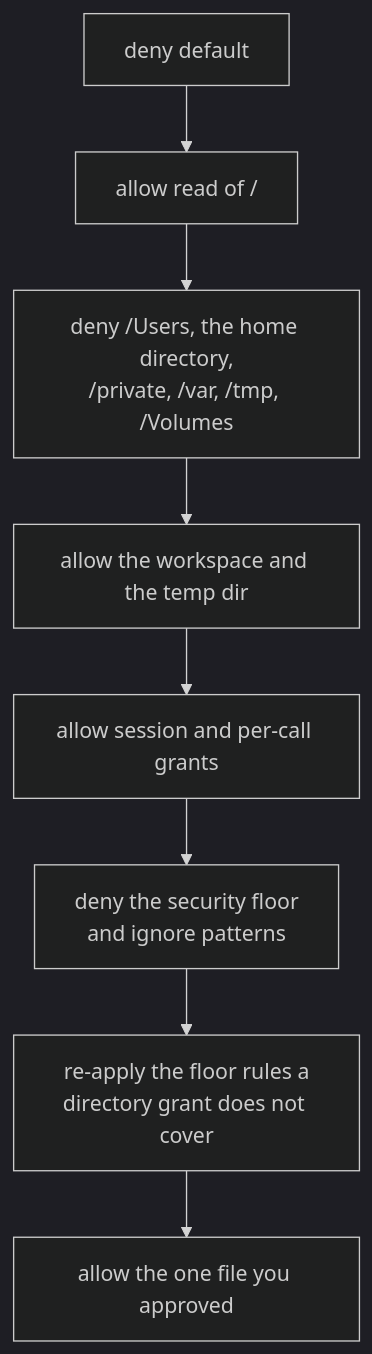
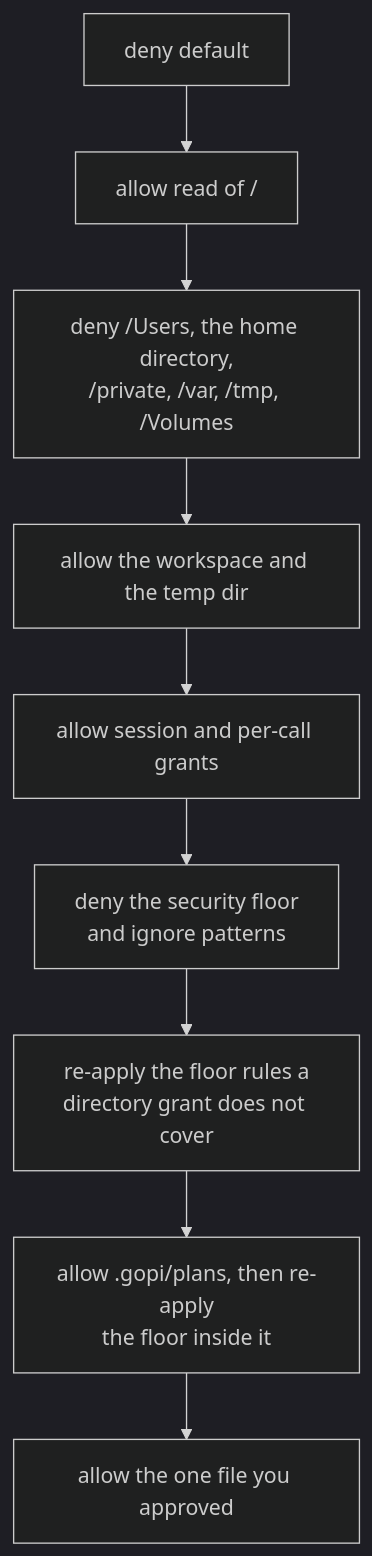
The second of 2 diagrams in docs/src/concepts/sandboxing.md (cgund98/gopi), drawn with Mermaid (dark theme) before and after one commit. The commit also changed other lines of this file and 16 other files, not shown here.

Commit message:
fix: allow .gopi/plans and .gitignore by default

````diff
--- a/docs/src/concepts/sandboxing.md
+++ b/docs/src/concepts/sandboxing.md
@@ -103,10 +106,11 @@
 ```mermaid
 flowchart TD
     Deny["deny default"] --> ReadAll["allow read of /"]
     ReadAll --> Outside["deny /Users, the home directory,<br/>/private, /var, /tmp, /Volumes"]
     Outside --> Roots["allow the workspace and the temp dir"]
     Roots --> Grants["allow session and per-call grants"]
     Grants --> Floor["deny the security floor<br/>and ignore patterns"]
     Floor --> Again["re-apply the floor rules a<br/>directory grant does not cover"]
-    Again --> One["allow the one file you approved"]
+    Again --> Open["allow .gopi/plans, then re-apply<br/>the floor inside it"]
+    Open --> One["allow the one file you approved"]
 ```
````
